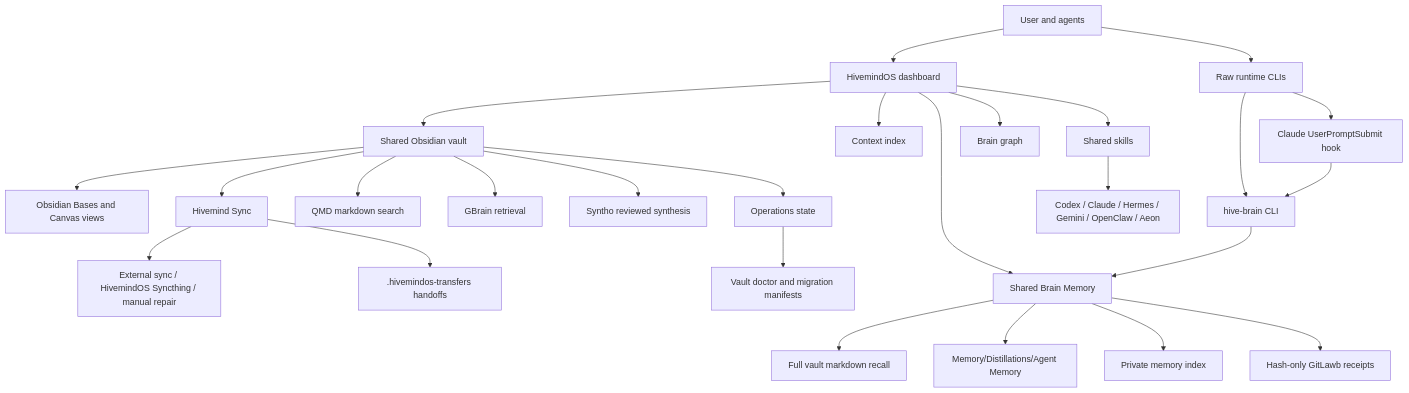
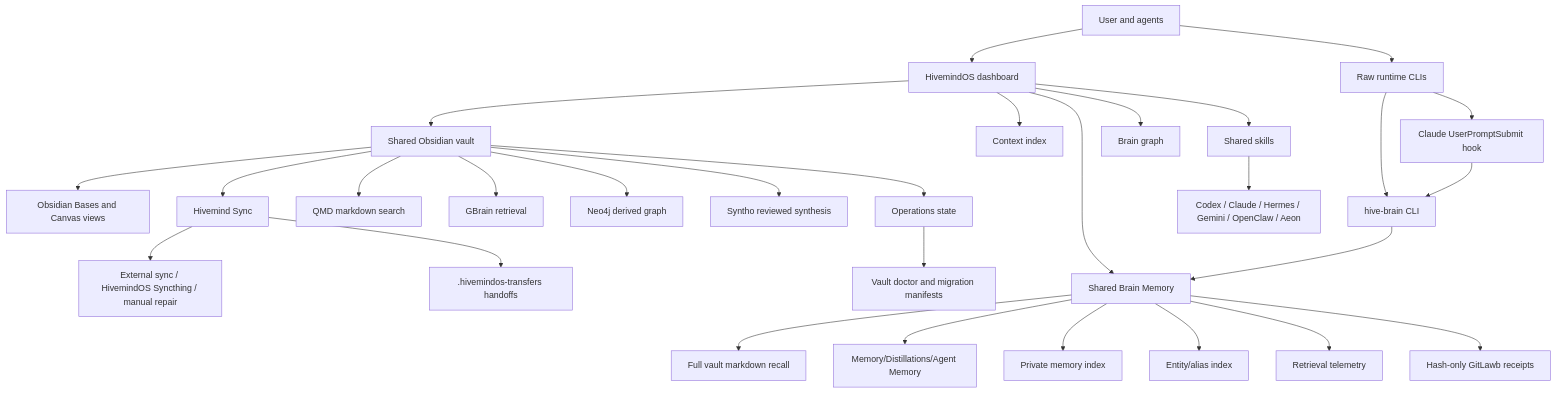
The diagram in docs/whole-brain/index.md (LiamVisionary/hivemindos), drawn with Mermaid before and after one commit. The commit also changed other lines of this file and 148 other files, not shown here.

````diff
--- a/docs/whole-brain/index.md
+++ b/docs/whole-brain/index.md
@@ -64,28 +64,31 @@
 ```mermaid
 flowchart TD
   User["User and agents"] --> Dashboard["HivemindOS dashboard"]
   User --> RawAgents["Raw runtime CLIs"]
   Dashboard --> Vault["Shared Obsidian vault"]
   Dashboard --> ContextIndex["Context index"]
   Dashboard --> BrainMemory["Shared Brain Memory"]
   Dashboard --> BrainGraph["Brain graph"]
   Dashboard --> Skills["Shared skills"]
   RawAgents --> HiveBrain["hive-brain CLI"]
   RawAgents --> ClaudeHook["Claude UserPromptSubmit hook"]
   HiveBrain --> BrainMemory
   ClaudeHook --> HiveBrain
   BrainMemory --> VaultMarkdown["Full vault markdown recall"]
   BrainMemory --> MemoryNotes["Memory/Distillations/Agent Memory"]
   BrainMemory --> MemoryIndex["Private memory index"]
+  BrainMemory --> EntityIndex["Entity/alias index"]
+  BrainMemory --> UsageLog["Retrieval telemetry"]
   BrainMemory --> Proofs["Hash-only GitLawb receipts"]
   Vault --> NativeViews["Obsidian Bases and Canvas views"]
   Vault --> SyncOwner["Hivemind Sync"]
   SyncOwner --> VaultOwner["External sync / HivemindOS Syncthing / manual repair"]
   SyncOwner --> Transfers[".hivemindos-transfers handoffs"]
   Vault --> QMD["QMD markdown search"]
   Vault --> GBrain["GBrain retrieval"]
+  Vault --> Neo4j["Neo4j derived graph"]
   Vault --> Syntho["Syntho reviewed synthesis"]
   Vault --> Operations["Operations state"]
   Skills --> RuntimeProviders["Codex / Claude / Hermes / Gemini / OpenClaw / Aeon"]
   Operations --> Doctor["Vault doctor and migration manifests"]
 ```
````
